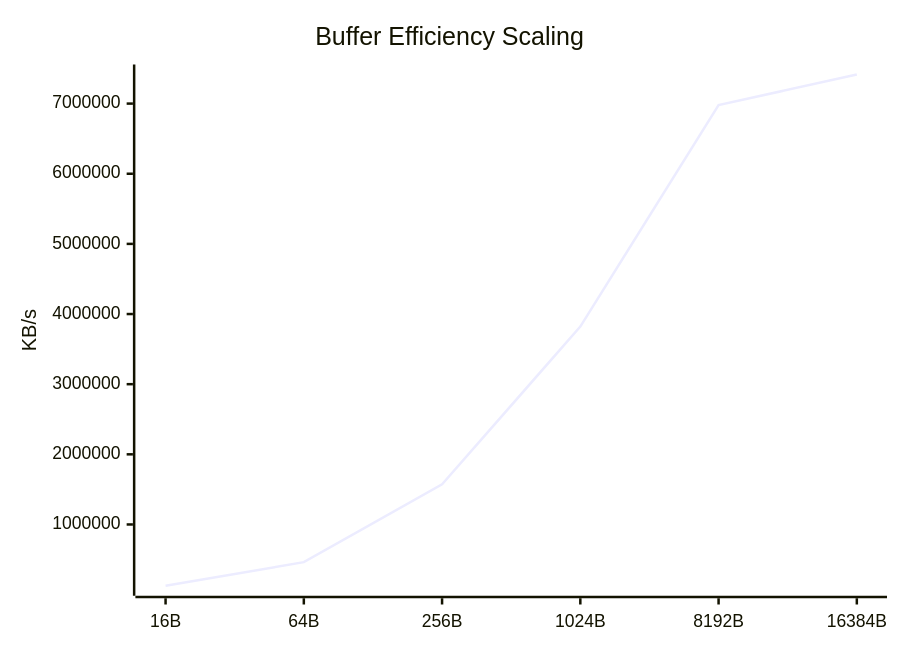
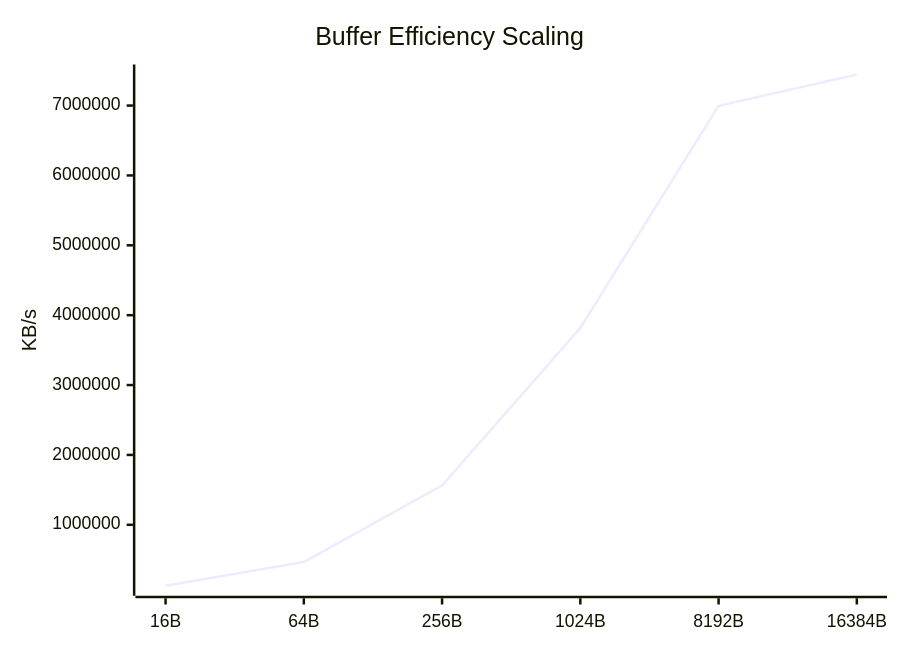
One commit to taha2samy/openssl_fips changed the fifth of 9 diagrams in docs/Comparison_Report.md. Above: the diagram before and after it, drawn with Mermaid. The commit also changed other lines of this file and 2 other files, not shown here.

````diff
--- a/docs/Comparison_Report.md
+++ b/docs/Comparison_Report.md
@@ -94,7 +94,7 @@
 ```mermaid
 xychart-beta
     title "Buffer Efficiency Scaling"
     x-axis [16B, 64B, 256B, 1024B, 8192B, 16384B]
     y-axis "KB/s"
-    line [126363.32, 462486.11, 1573224.58, 3820849.15, 6979174.4, 7414800.38]
+    line [127715.04, 467289.43, 1562964.22, 3817743.36, 6996715.93, 7444609.43]
 ```
````
